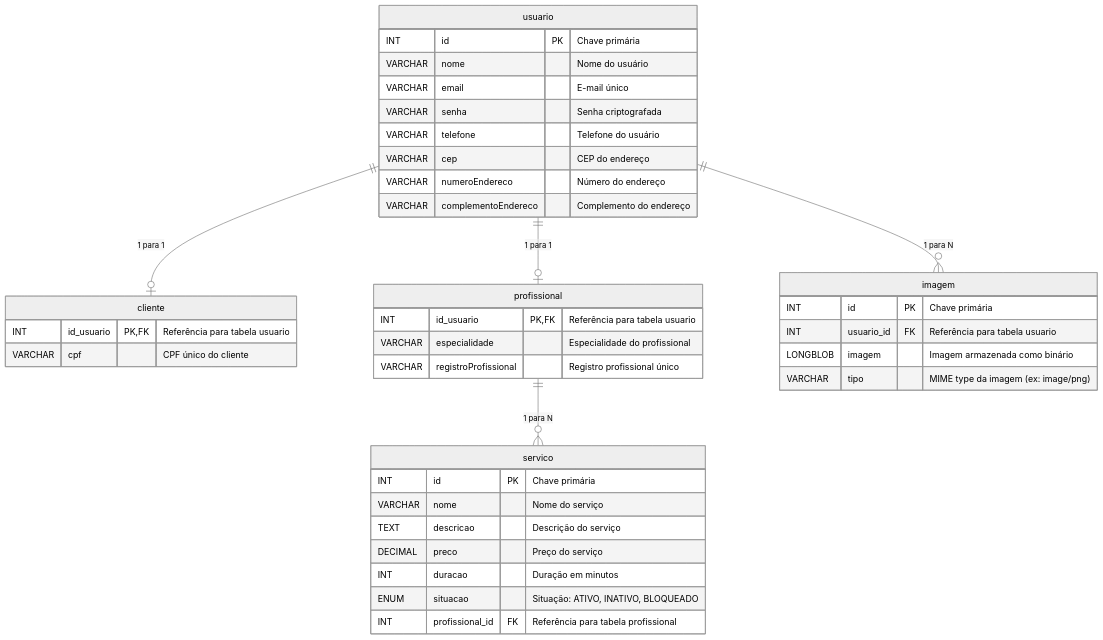
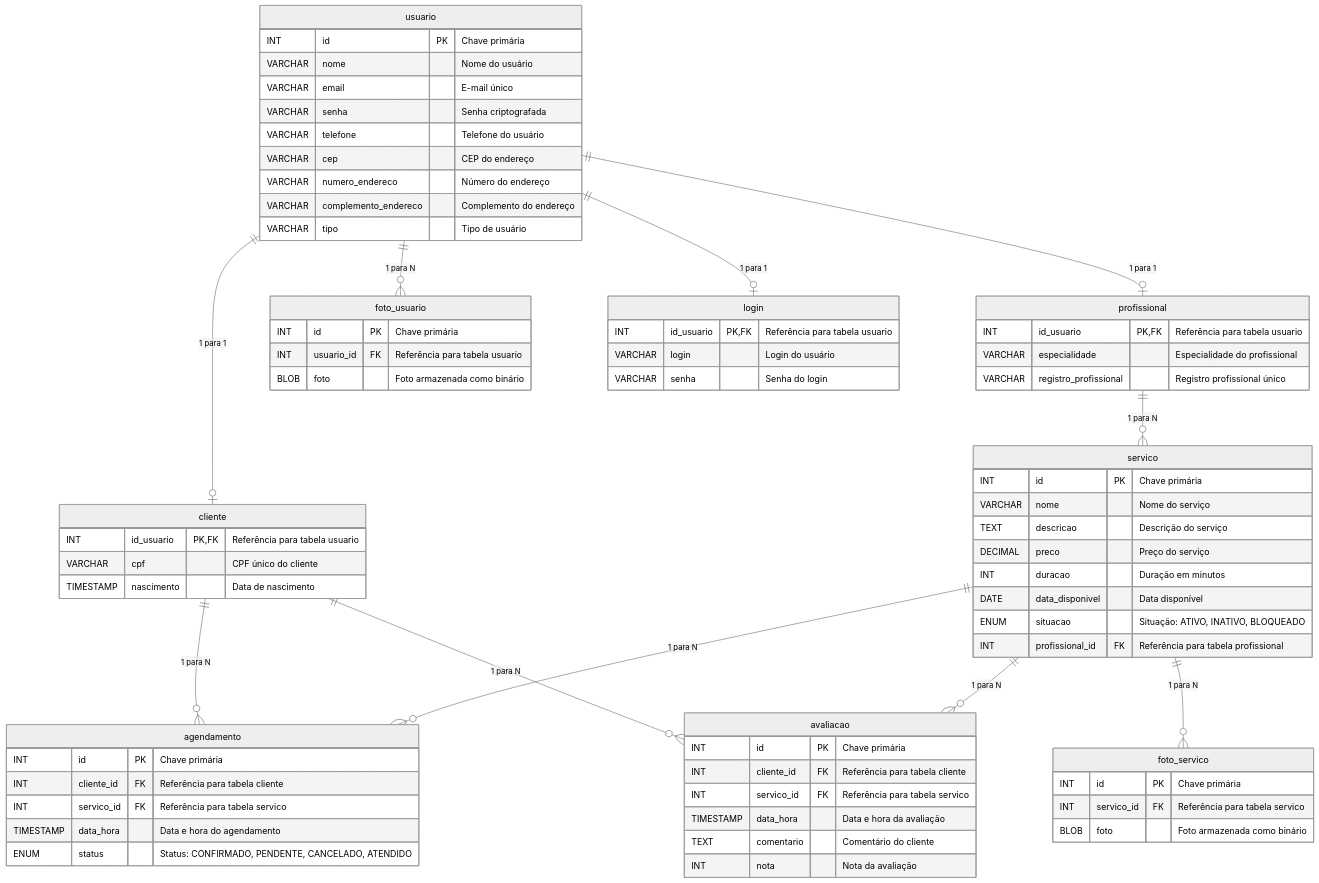
The first of 2 diagrams in README.md (JunhaumHayden/ComfortAid_API_Project), drawn with Mermaid (neutral theme) before and after one commit. The commit also changed other lines of this file, not shown here.

Commit message:
Atualiza o README.md com informações sobre o projeto ComfortAid, incluindo comportamentos esperados, diagrama de ER e diagrama de classes.

````diff
--- a/README.md
+++ b/README.md
@@ -25,19 +78,21 @@
         VARCHAR senha "Senha criptografada"
         VARCHAR telefone "Telefone do usuário"
         VARCHAR cep "CEP do endereço"
-        VARCHAR numeroEndereco "Número do endereço"
-        VARCHAR complementoEndereco "Complemento do endereço"
+        VARCHAR numero_endereco "Número do endereço"
+        VARCHAR complemento_endereco "Complemento do endereço"
+        VARCHAR tipo "Tipo de usuário"
     }
 
     cliente {
         INT id_usuario PK, FK "Referência para tabela usuario"
         VARCHAR cpf "CPF único do cliente"
+        TIMESTAMP nascimento "Data de nascimento"
     }
 
     profissional {
         INT id_usuario PK, FK "Referência para tabela usuario"
         VARCHAR especialidade "Especialidade do profissional"
-        VARCHAR registroProfissional "Registro profissional único"
+        VARCHAR registro_profissional "Registro profissional único"
     }
 
     servico {
@@ -46,20 +101,55 @@
         TEXT descricao "Descrição do serviço"
         DECIMAL preco "Preço do serviço"
         INT duracao "Duração em minutos"
+        DATE data_disponivel "Data disponível"
         ENUM situacao "Situação: ATIVO, INATIVO, BLOQUEADO"
         INT profissional_id FK "Referência para tabela profissional"
     }
 
-    imagem {
+    agendamento {
+        INT id PK "Chave primária"
+        INT cliente_id FK "Referência para tabela cliente"
+        INT servico_id FK "Referência para tabela servico"
+        TIMESTAMP data_hora "Data e hora do agendamento"
+        ENUM status "Status: CONFIRMADO, PENDENTE, CANCELADO, ATENDIDO"
+    }
+
+    avaliacao {
+        INT id PK "Chave primária"
+        INT cliente_id FK "Referência para tabela cliente"
+        INT servico_id FK "Referência para tabela servico"
+        TIMESTAMP data_hora "Data e hora da avaliação"
+        TEXT comentario "Comentário do cliente"
+        INT nota "Nota da avaliação"
+    }
+
+    foto_usuario {
         INT id PK "Chave primária"
         INT usuario_id FK "Referência para tabela usuario"
-        LONGBLOB imagem "Imagem armazenada como binário"
-        VARCHAR tipo "MIME type da imagem (ex: image/png)"
+        BLOB foto "Foto armazenada como binário"
+    }
+
+    foto_servico {
+        INT id PK "Chave primária"
+        INT servico_id FK "Referência para tabela servico"
+        BLOB foto "Foto armazenada como binário"
+    }
+
+    login {
+        INT id_usuario PK, FK "Referência para tabela usuario"
+        VARCHAR login "Login do usuário"
+        VARCHAR senha "Senha do login"
     }
 
     %% Relacionamentos
     usuario ||--o| cliente : "1 para 1"
     usuario ||--o| profissional : "1 para 1"
     profissional ||--o{ servico : "1 para N"
-    usuario ||--o{ imagem : "1 para N"
+    cliente ||--o{ agendamento : "1 para N"
+    servico ||--o{ agendamento : "1 para N"
+    cliente ||--o{ avaliacao : "1 para N"
+    servico ||--o{ avaliacao : "1 para N"
+    usuario ||--o{ foto_usuario : "1 para N"
+    servico ||--o{ foto_servico : "1 para N"
+    usuario ||--o| login : "1 para 1"
 ```
````
